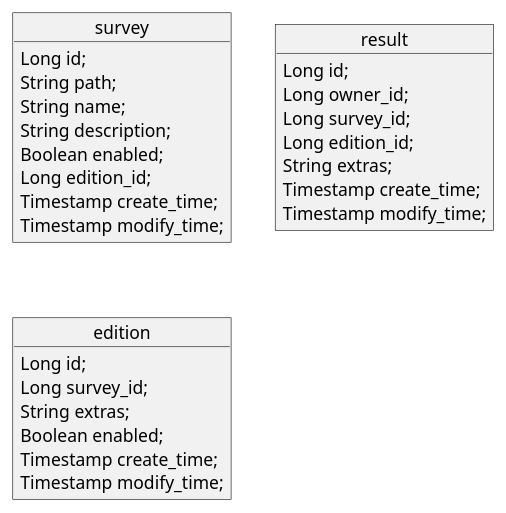
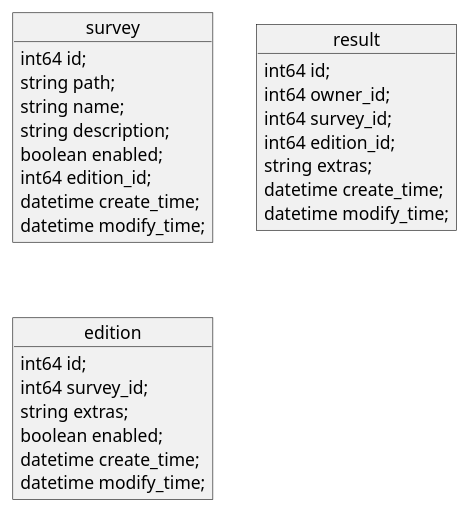
The diagram in db/survey.db.puml.md (cryS4tal/degign), drawn with PlantUML before and after one commit. The commit also changed 2 other files, not shown here.

Commit message:
fix: redefine some design

```diff
--- a/db/survey.db.puml.md
+++ b/db/survey.db.puml.md
@@ -1,52 +1,52 @@
 @startuml
 
 object survey {
-    Long id;
+    int64 id;
 
-    String path;
+    string path;
 
-    String name;
+    string name;
 
-    String description;
+    string description;
 
-    Boolean enabled;
+    boolean enabled;
 
-    Long edition_id;
+    int64 edition_id;
 
-    Timestamp create_time;
+    datetime create_time;
 
-    Timestamp modify_time;
+    datetime modify_time;
 }
 
 object result {
-    Long id;
+    int64 id;
 
-    Long owner_id;
+    int64 owner_id;
 
-    Long survey_id;
+    int64 survey_id;
 
-    Long edition_id;
+    int64 edition_id;
 
-    String extras;
+    string extras;
 
-    Timestamp create_time;
+    datetime create_time;
 
-    Timestamp modify_time;
+    datetime modify_time;
 }
 
 object edition {
-    Long id;
+    int64 id;
 
-    Long survey_id;
+    int64 survey_id;
 
-    String extras;
+    string extras;
 
-    Boolean enabled;
+    boolean enabled;
 
-    Timestamp create_time;
+    datetime create_time;
 
-    Timestamp modify_time;
+    datetime modify_time;
 }
 
 
 @enduml
```
